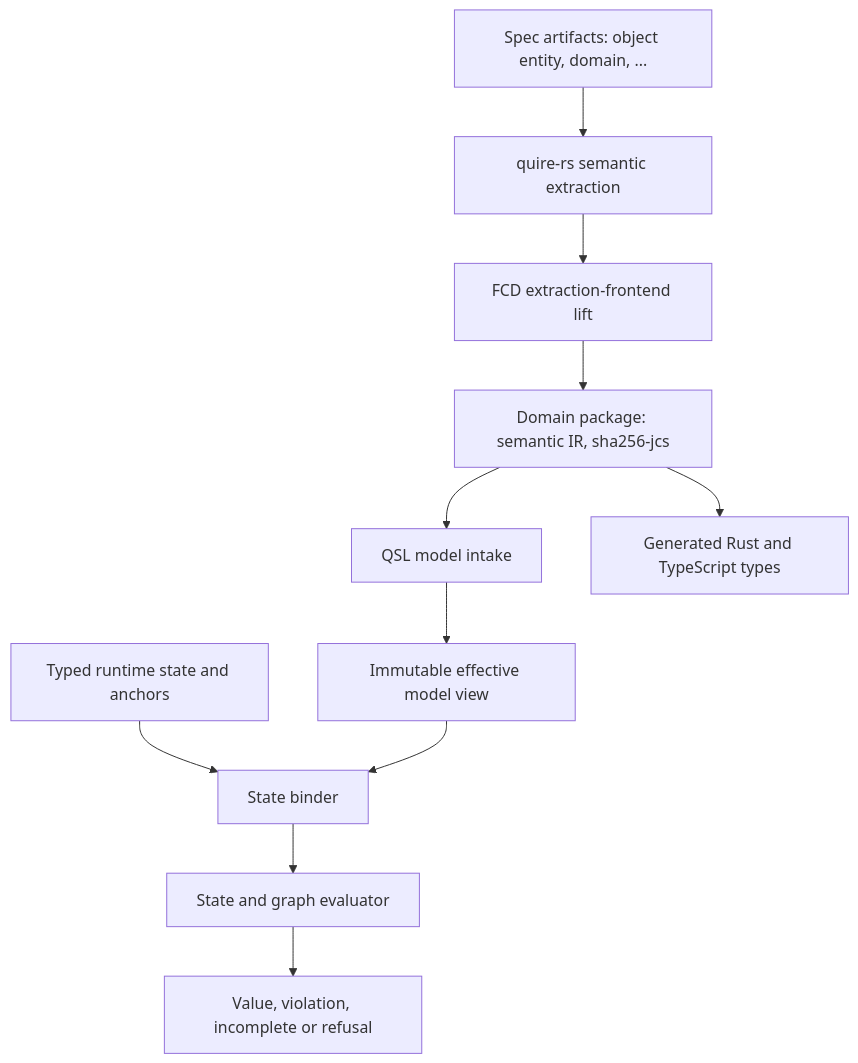
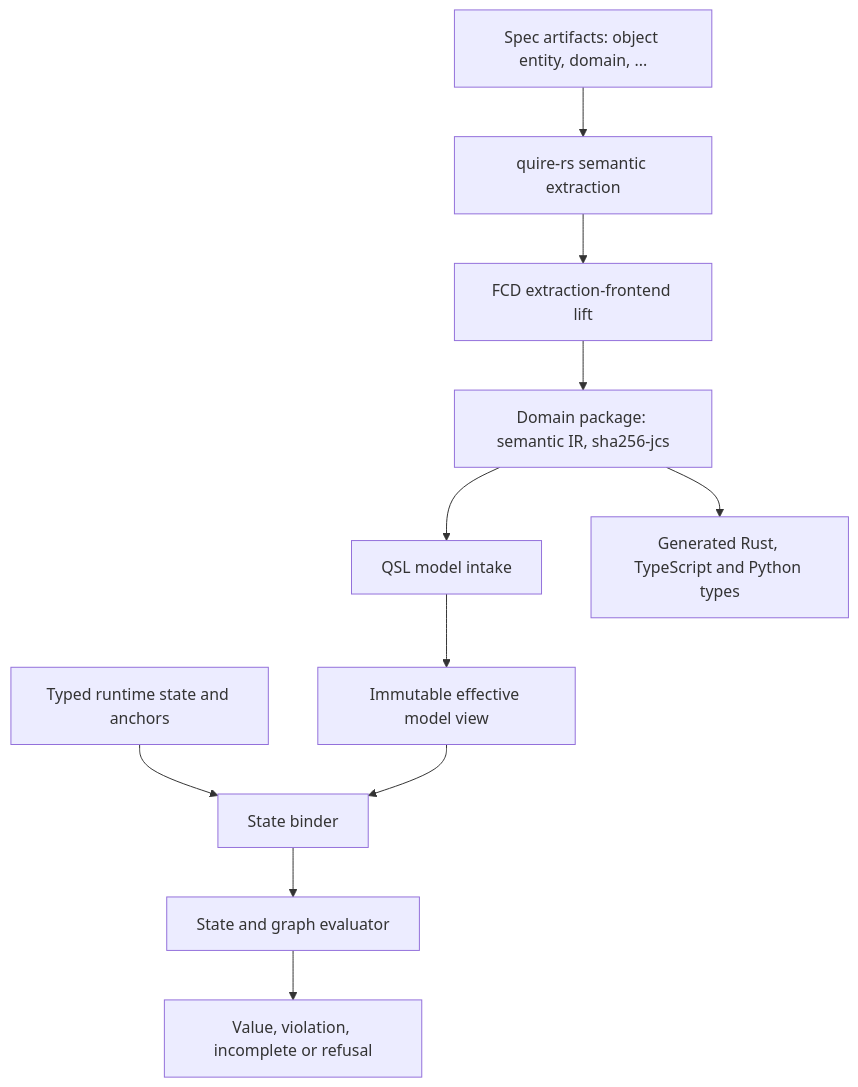
One commit to agent-ix/quire-specification changed the diagram in spec/assurance/AD-006-model-graph-state-contracts.md. Above: the diagram before and after it, drawn with Mermaid. The commit also changed other lines of this file and 2 other files, not shown here.

First line of the commit message:
AD-006: FCD generates Rust, TypeScript and Python types

````diff
--- a/spec/assurance/AD-006-model-graph-state-contracts.md
+++ b/spec/assurance/AD-006-model-graph-state-contracts.md
@@ -57,13 +60,13 @@
 ```mermaid
 flowchart TD
   A[Spec artifacts: object entity, domain, ...] --> X[quire-rs semantic extraction]
   X --> L[FCD extraction-frontend lift]
   L --> D[Domain package: semantic IR, sha256-jcs]
   D --> I[QSL model intake]
   I --> M[Immutable effective model view]
   S[Typed runtime state and anchors] --> B[State binder]
   M --> B
   B --> E[State and graph evaluator]
   E --> R[Value, violation, incomplete or refusal]
-  D --> G[Generated Rust and TypeScript types]
+  D --> G[Generated Rust, TypeScript and Python types]
 ```
````
